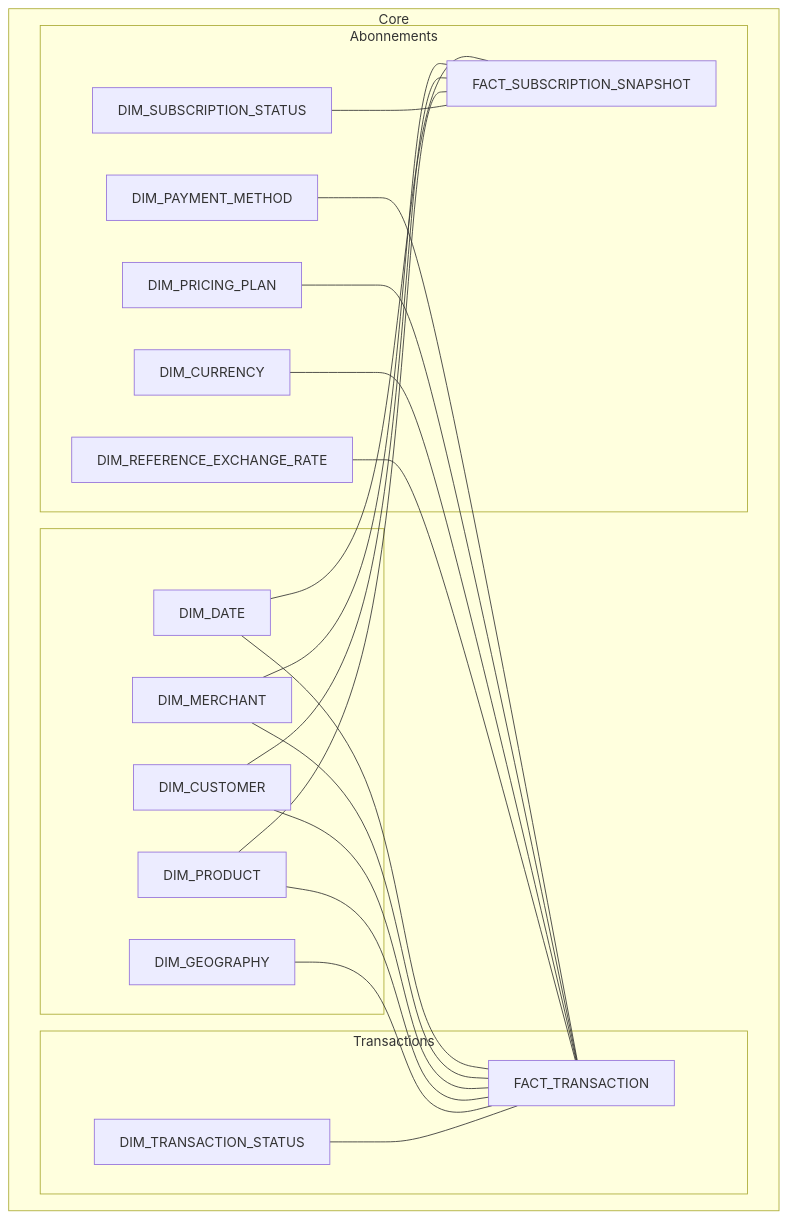
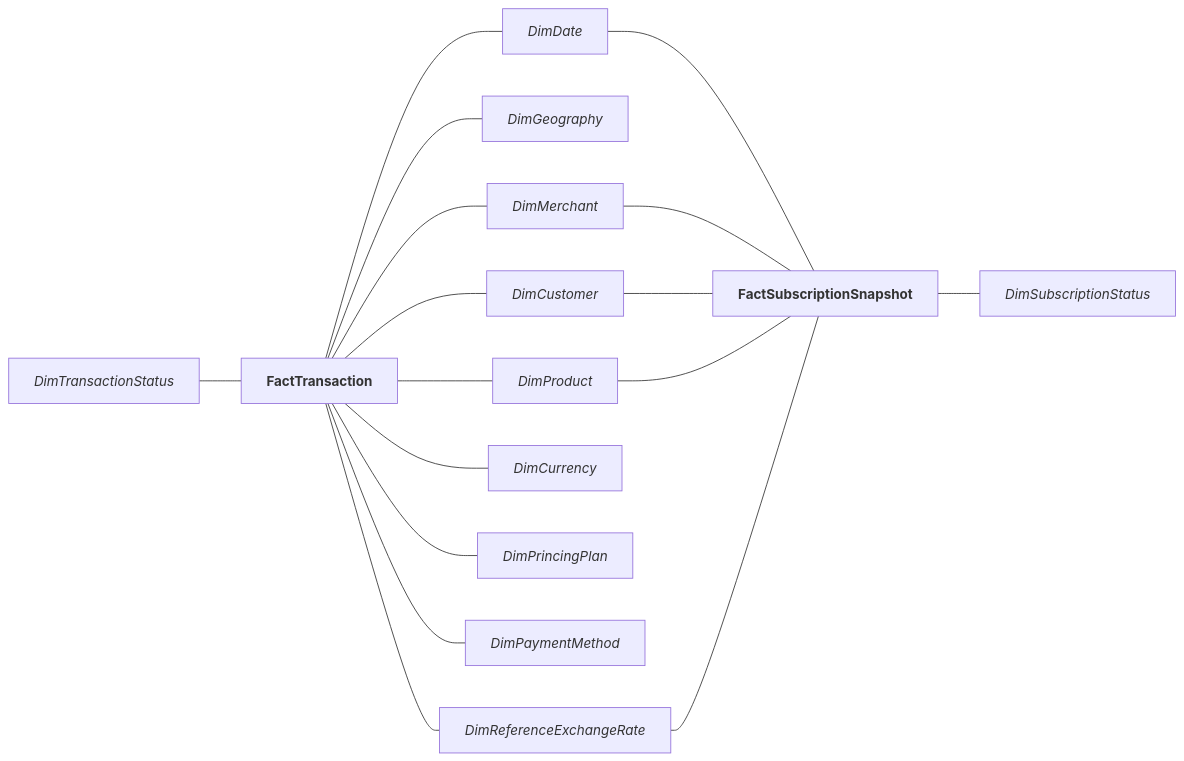
One commit to nicolaspichon-git/jedha-data-scientist-lead-bloc2--stripe-project changed the diagram in sources/diagrams/stripe-project--d1-data-architecture--diagram-5-1--analytics-model-1.md. Above: the diagram before and after it, drawn with Mermaid. The commit also changed other lines of this file and 33 other files, not shown here.

````diff
--- a/sources/diagrams/stripe-project--d1-data-architecture--diagram-5-1--analytics-model-1.md
+++ b/sources/diagrams/stripe-project--d1-data-architecture--diagram-5-1--analytics-model-1.md
@@ -18,44 +18,44 @@
 ```mermaid
-flowchart TB
-    subgraph CORE["Core"]
-        subgraph COMMON[" "]
-            DIM_DATE
-            DIM_MERCHANT
-            DIM_CUSTOMER
-            DIM_PRODUCT
-            DIM_GEOGRAPHY
-        end
+flowchart LR
+	FACT_TRANSACTION["<b>FactTransaction</b>"]
+	DIM_TRANSACTION_STATUS["<i>DimTransactionStatus</i>"]  
 
-        subgraph FT["Transactions"]
-            FACT_TRANSACTION
-            DIM_TRANSACTION_STATUS
-        end
-        
-        subgraph FS["Abonnements"]
-            FACT_SUBSCRIPTION_SNAPSHOT
-            DIM_SUBSCRIPTION_STATUS
-            DIM_PAYMENT_METHOD
-            DIM_PRICING_PLAN
-            DIM_CURRENCY
-            DIM_REFERENCE_EXCHANGE_RATE
-        end
-    end
+	FACT_SUBSCRIPTION_SNAPSHOT["<b>FactSubscriptionSnapshot</b>"]
+	DIM_SUBSCRIPTION_STATUS["<i>DimSubscriptionStatus</i>"]
+	
+	DIM_DATE["<i>DimDate</i>"]
+	DIM_GEOGRAPHY["<i>DimGeography</i>"]
+	
+	DIM_CUSTOMER["<i>DimCustomer</i>"]
+	DIM_MERCHANT["<i>DimMerchant</i>"]
+	DIM_PRODUCT["<i>DimProduct</i>"]
+
+	DIM_CURRENCY["<i>DimCurrency</i>"]
+	DIM_PRICING_PLAN["<i>DimPrincingPlan</i>"]
+	DIM_PAYMENT_METHOD["<i>DimPaymentMethod</i>"]
+	DIM_REFERENCE_EXCHANGE_RATE["<i>DimReferenceExchangeRate</i>"]
+	
+    FACT_TRANSACTION --- DIM_GEOGRAPHY
+    FACT_TRANSACTION --- DIM_DATE
     
-    DIM_DATE --- FACT_TRANSACTION
-    DIM_MERCHANT --- FACT_TRANSACTION
-    DIM_CUSTOMER --- FACT_TRANSACTION
-    DIM_PRODUCT --- FACT_TRANSACTION
-    DIM_PAYMENT_METHOD --- FACT_TRANSACTION
-    DIM_PRICING_PLAN --- FACT_TRANSACTION
-    DIM_CURRENCY --- FACT_TRANSACTION
-    DIM_REFERENCE_EXCHANGE_RATE --- FACT_TRANSACTION
-    DIM_GEOGRAPHY --- FACT_TRANSACTION
     DIM_TRANSACTION_STATUS --- FACT_TRANSACTION
     
+    FACT_TRANSACTION --- DIM_MERCHANT 
+    FACT_TRANSACTION --- DIM_CUSTOMER 
+    FACT_TRANSACTION --- DIM_PRODUCT 
+    
+    FACT_TRANSACTION --- DIM_CURRENCY
+    FACT_TRANSACTION --- DIM_PRICING_PLAN
+    FACT_TRANSACTION --- DIM_PAYMENT_METHOD
+    FACT_TRANSACTION --- DIM_REFERENCE_EXCHANGE_RATE
+    
     DIM_DATE --- FACT_SUBSCRIPTION_SNAPSHOT
+    
+    FACT_SUBSCRIPTION_SNAPSHOT --- DIM_SUBSCRIPTION_STATUS
+    
     DIM_MERCHANT --- FACT_SUBSCRIPTION_SNAPSHOT
     DIM_CUSTOMER --- FACT_SUBSCRIPTION_SNAPSHOT
     DIM_PRODUCT --- FACT_SUBSCRIPTION_SNAPSHOT
-    DIM_SUBSCRIPTION_STATUS --- FACT_SUBSCRIPTION_SNAPSHOT
-
+    
+    DIM_REFERENCE_EXCHANGE_RATE --- FACT_SUBSCRIPTION_SNAPSHOT
 ```
````
